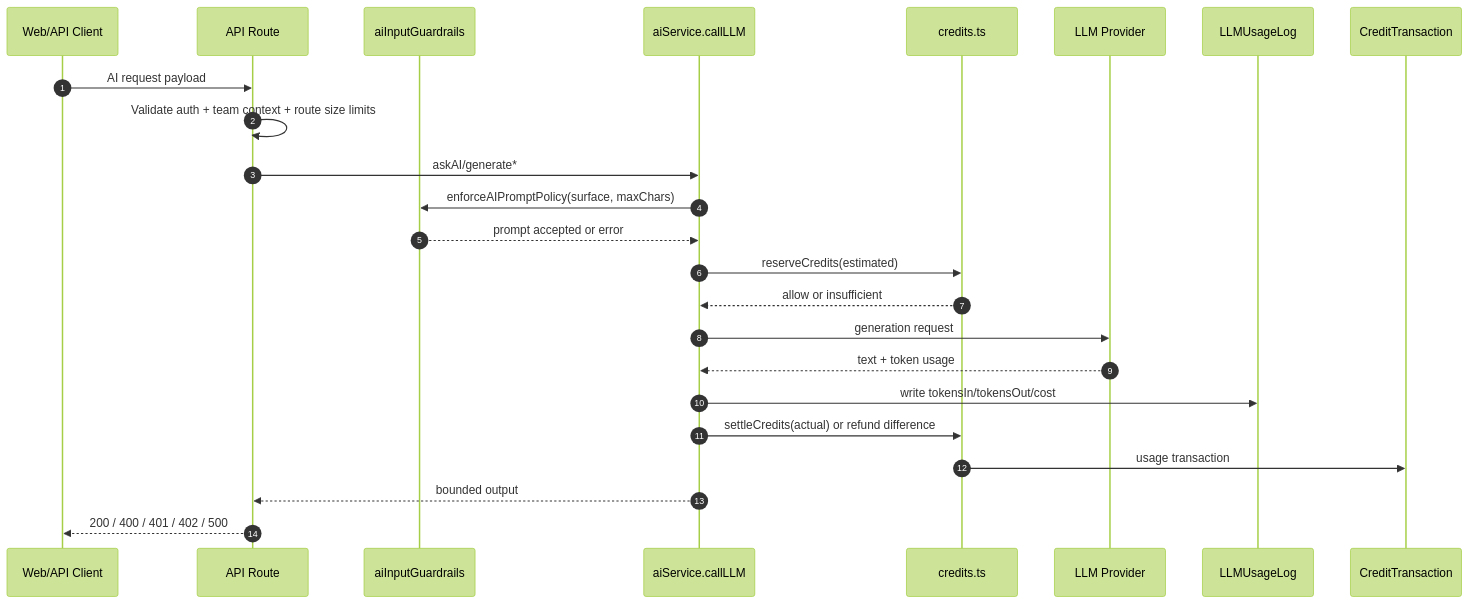
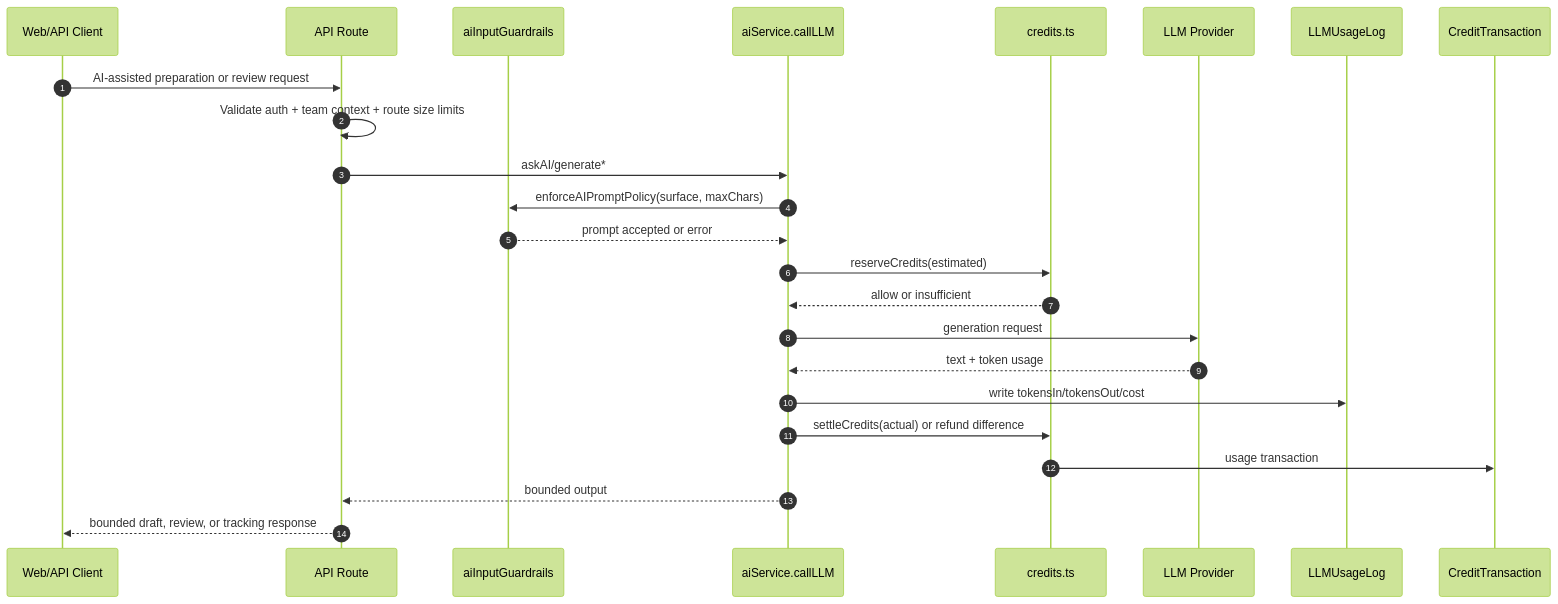
One commit to Convospanai-outreach/fullstack changed the diagram in docs/AI_GUARDRAILS_AND_TOKEN_USAGE.md. Above: the diagram before and after it, drawn with Mermaid (forest theme). The commit also changed other lines of this file and 23 other files, not shown here.

````diff
--- a/docs/AI_GUARDRAILS_AND_TOKEN_USAGE.md
+++ b/docs/AI_GUARDRAILS_AND_TOKEN_USAGE.md
@@ -25,27 +28,27 @@
 ```mermaid
 sequenceDiagram
     autonumber
     participant Client as Web/API Client
     participant Route as API Route
     participant Guard as aiInputGuardrails
     participant AI as aiService.callLLM
     participant Credits as credits.ts
     participant Provider as LLM Provider
     participant Usage as LLMUsageLog
     participant Ledger as CreditTransaction
 
-    Client->>Route: AI request payload
+    Client->>Route: AI-assisted preparation or review request
     Route->>Route: Validate auth + team context + route size limits
     Route->>AI: askAI/generate*
     AI->>Guard: enforceAIPromptPolicy(surface, maxChars)
     Guard-->>AI: prompt accepted or error
     AI->>Credits: reserveCredits(estimated)
     Credits-->>AI: allow or insufficient
     AI->>Provider: generation request
     Provider-->>AI: text + token usage
     AI->>Usage: write tokensIn/tokensOut/cost
     AI->>Credits: settleCredits(actual) or refund difference
     Credits->>Ledger: usage transaction
     AI-->>Route: bounded output
-    Route-->>Client: 200 / 400 / 401 / 402 / 500
+    Route-->>Client: bounded draft, review, or tracking response
 ```
````
